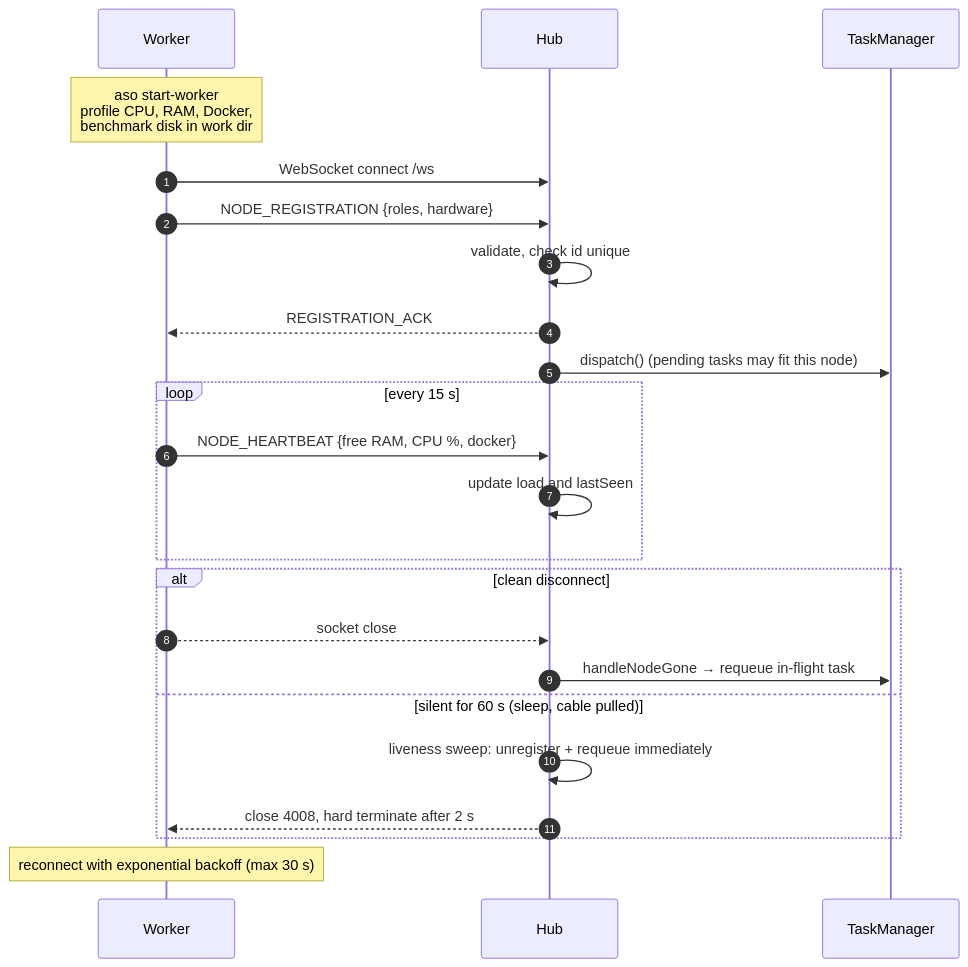
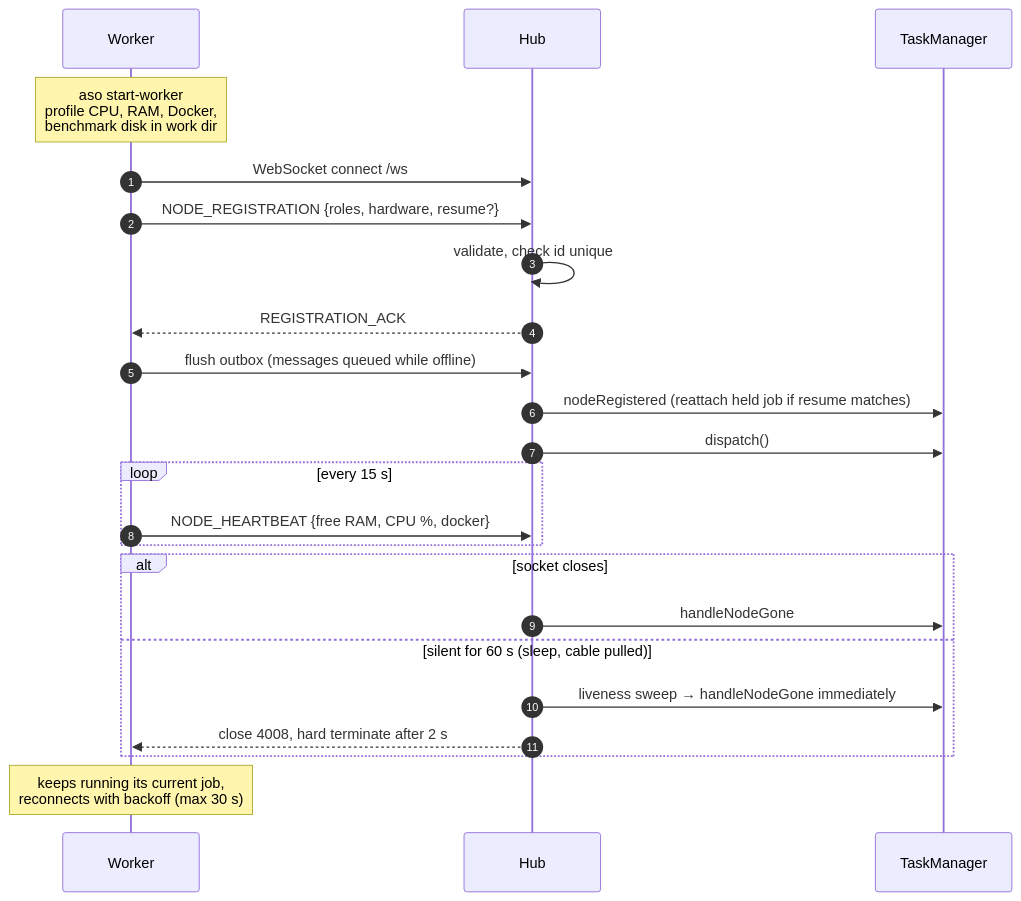
The fourth of 10 diagrams in ARCHITECTURE.md (Sys64k/ai-swarm-orchestrator), drawn with Mermaid before and after one commit. The commit also changed other lines of this file and 24 other files, not shown here.

````diff
--- a/ARCHITECTURE.md
+++ b/ARCHITECTURE.md
@@ -189,26 +213,26 @@
 ```mermaid
 sequenceDiagram
   autonumber
   participant W as Worker
   participant H as Hub
   participant T as TaskManager
 
   Note over W: aso start-worker<br/>profile CPU, RAM, Docker,<br/>benchmark disk in work dir
   W->>H: WebSocket connect /ws
-  W->>H: NODE_REGISTRATION {roles, hardware}
+  W->>H: NODE_REGISTRATION {roles, hardware, resume?}
   H->>H: validate, check id unique
   H-->>W: REGISTRATION_ACK
-  H->>T: dispatch() (pending tasks may fit this node)
+  W->>H: flush outbox (messages queued while offline)
+  H->>T: nodeRegistered (reattach held job if resume matches)
+  H->>T: dispatch()
   loop every 15 s
     W->>H: NODE_HEARTBEAT {free RAM, CPU %, docker}
-    H->>H: update load and lastSeen
   end
-  alt clean disconnect
-    W-->>H: socket close
-    H->>T: handleNodeGone → requeue in-flight task
+  alt socket closes
+    H->>T: handleNodeGone
   else silent for 60 s (sleep, cable pulled)
-    H->>H: liveness sweep: unregister + requeue immediately
+    H->>T: liveness sweep → handleNodeGone immediately
     H-->>W: close 4008, hard terminate after 2 s
   end
-  Note over W: reconnect with exponential backoff (max 30 s)
+  Note over W: keeps running its current job,<br/>reconnects with backoff (max 30 s)
 ```
````
